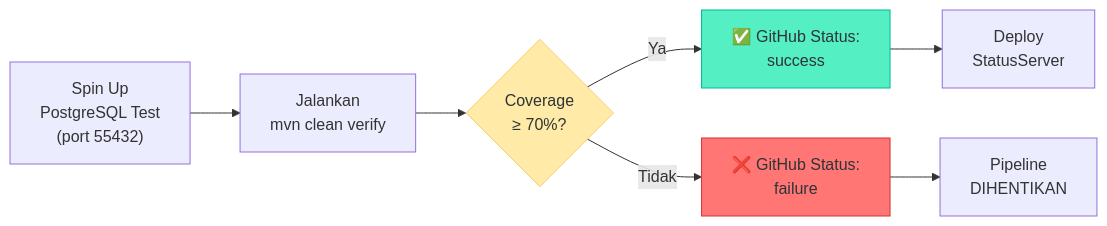
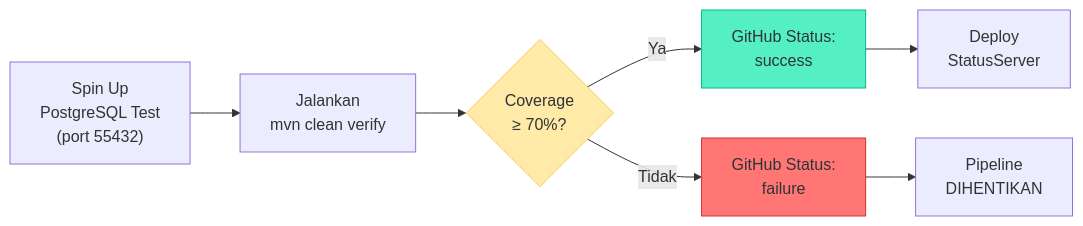
Before and after one commit to jordanvieno/Project-Magang: the third of 5 diagrams in README.md, drawn with Mermaid. The commit also changed other lines of this file, not shown here.

````diff
--- a/README.md
+++ b/README.md
@@ -300,13 +324,13 @@
 ```mermaid
 flowchart LR
     A["Spin Up<br/>PostgreSQL Test<br/>(port 55432)"] --> B["Jalankan<br/>mvn clean verify"]
     B --> C{"Coverage<br/>≥ 70%?"}
-    C -->|Ya| D["✅ GitHub Status:<br/>success"]
-    C -->|Tidak| E["❌ GitHub Status:<br/>failure"]
+    C -->|Ya| D["GitHub Status:<br/>success"]
+    C -->|Tidak| E["GitHub Status:<br/>failure"]
     D --> F["Deploy<br/>StatusServer"]
     E --> G["Pipeline<br/>DIHENTIKAN"]
 
     style C fill:#ffeaa7,stroke:#fdcb6e,color:#2d3436
     style D fill:#55efc4,stroke:#00b894,color:#2d3436
     style E fill:#ff7675,stroke:#d63031,color:#2d3436
 ```
````
